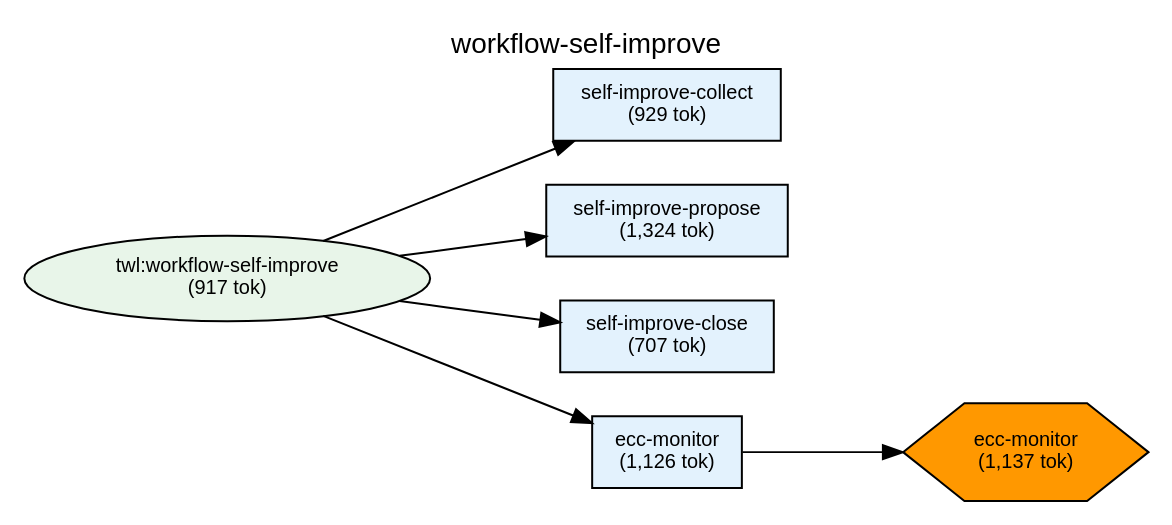
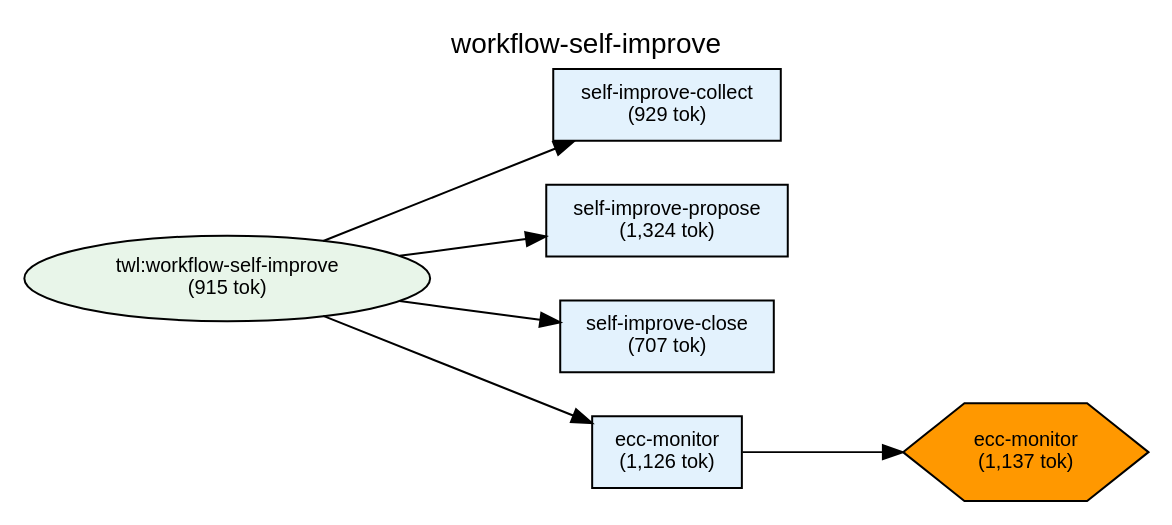
The diagram in plugins/twl/docs/deps-workflow-self-improve.dot (shuu5/twill), drawn with Graphviz before and after one commit. The commit also changed 41 other files, not shown here.

```diff
--- a/plugins/twl/docs/deps-workflow-self-improve.dot
+++ b/plugins/twl/docs/deps-workflow-self-improve.dot
@@ -1,54 +1,54 @@
 digraph Dependencies {
     // Graph settings
     rankdir=LR;
     ranksep=0.8;
     nodesep=0.3;
     fontname="Helvetica";
     node [fontname="Helvetica", fontsize=10];
     edge [fontname="Helvetica", fontsize=9];
     label="workflow-self-improve";
     labelloc=t;
     fontsize=14;
 
     // L0: Controller Skills
 
     // L0: Launchers
 
     // L0.5: Workflow Skills
-    skill_workflow_self_improve [label="twl:workflow-self-improve\n(917 tok)", shape=ellipse, style=filled, fillcolor="#e8f5e9"];
+    skill_workflow_self_improve [label="twl:workflow-self-improve\n(915 tok)", shape=ellipse, style=filled, fillcolor="#e8f5e9"];
 
     // Reference Skills
 
     // L1: Direct Commands
     cmd_self_improve_collect [label="self-improve-collect\n(929 tok)", shape=box, style=filled, fillcolor="#e3f2fd"];
     cmd_self_improve_propose [label="self-improve-propose\n(1,324 tok)", shape=box, style=filled, fillcolor="#e3f2fd"];
     cmd_self_improve_close [label="self-improve-close\n(707 tok)", shape=box, style=filled, fillcolor="#e3f2fd"];
     cmd_ecc_monitor [label="ecc-monitor\n(1,126 tok)", shape=box, style=filled, fillcolor="#e3f2fd"];
 
     // L2: Sub Commands
 
     // L3: Agents
 
     // L3.5: Scripts
     script_ecc_monitor [label="ecc-monitor\n(1,137 tok)", shape=hexagon, style=filled, fillcolor="#FF9800"];
 
     // L4: External
 
     // Layer constraints
     { rank=same; skill_workflow_self_improve; }
     { rank=same; cmd_self_improve_collect; cmd_self_improve_propose; cmd_self_improve_close; cmd_ecc_monitor; }
     { rank=same; script_ecc_monitor; }
 
     // Edges
     skill_workflow_self_improve -> cmd_self_improve_collect;
     skill_workflow_self_improve -> cmd_self_improve_propose;
     skill_workflow_self_improve -> cmd_self_improve_close;
     skill_workflow_self_improve -> cmd_ecc_monitor;
     cmd_ecc_monitor -> script_ecc_monitor;
 
     // Ordering constraints (invisible edges)
     cmd_self_improve_collect -> cmd_self_improve_propose [style=invis, weight=10];
     cmd_self_improve_propose -> cmd_self_improve_close [style=invis, weight=10];
     cmd_self_improve_close -> cmd_ecc_monitor [style=invis, weight=10];
 
 }
```
